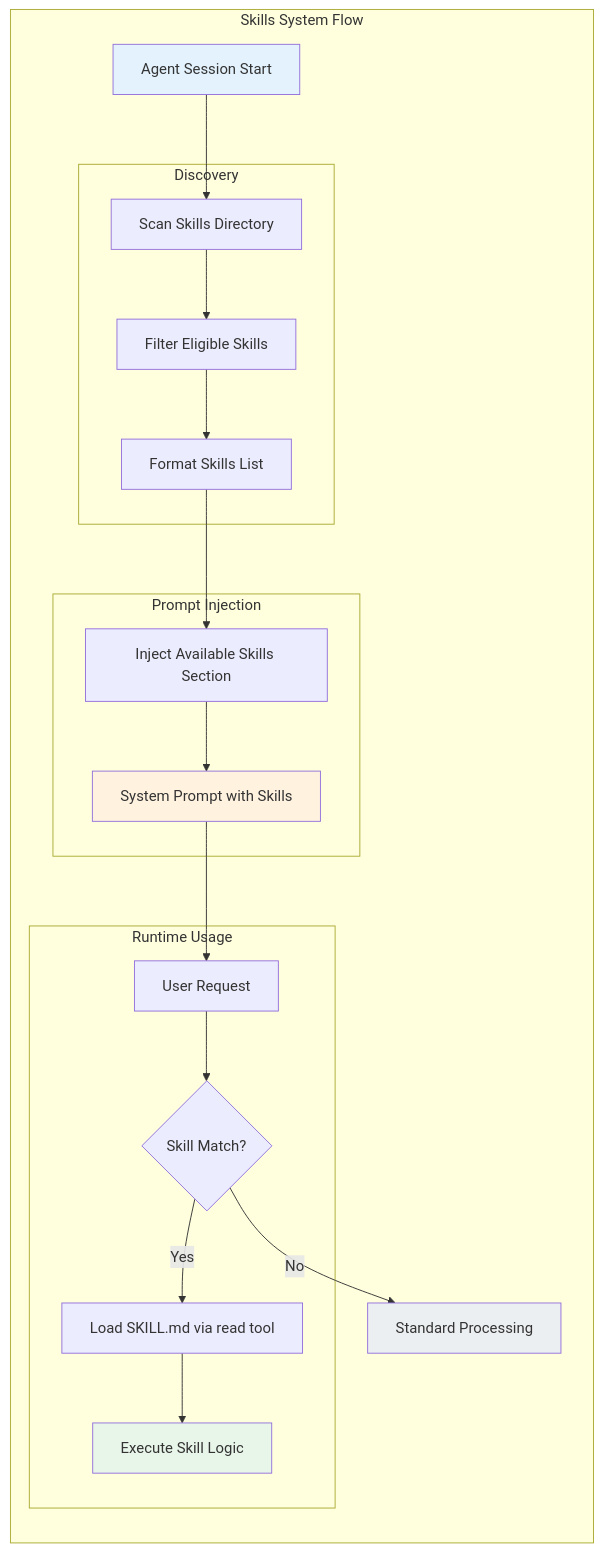
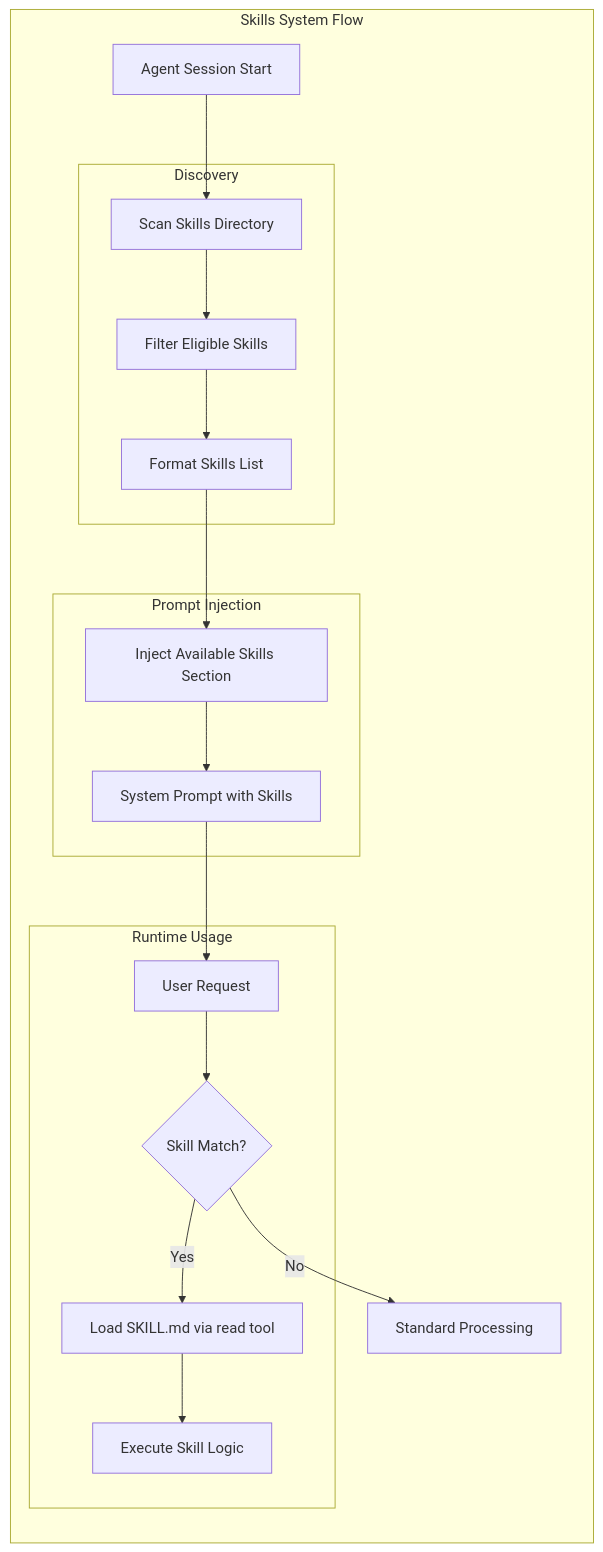
One commit to yuexiaoliang/prompt-engineering-learning changed the fourth of 6 diagrams in 09-advanced-en.md. Above: the diagram before and after it, drawn with Mermaid. The commit also changed other lines of this file and 9 other files, not shown here.

First line of the commit message:
fix(prompt-engineering): remove hardcoded mermaid fill styles for theme auto-adaptation

````diff
--- a/09-advanced-en.md
+++ b/09-advanced-en.md
@@ -216,36 +197,32 @@
 ```mermaid
 flowchart TB
     subgraph "Skills System Flow"
         direction TB
         
         START[Agent Session Start]
         
         subgraph "Discovery"
             SCAN[Scan Skills Directory]
             FILTER[Filter Eligible Skills]
             FORMAT[Format Skills List]
         end
         
         subgraph "Prompt Injection"
             INJECT[Inject Available Skills Section]
             PROMPT[System Prompt with Skills]
         end
         
         subgraph "Runtime Usage"
             REQUEST[User Request]
             MATCH{Skill Match?}
             LOAD[Load SKILL.md via read tool]
             EXECUTE[Execute Skill Logic]
         end
         
         START --> SCAN --> FILTER --> FORMAT --> INJECT --> PROMPT
         PROMPT --> REQUEST --> MATCH
         MATCH -->|Yes| LOAD --> EXECUTE
         MATCH -->|No| STANDARD[Standard Processing]
     end
     
-    style START fill:#e3f2fd
-    style PROMPT fill:#fff3e0
-    style EXECUTE fill:#e8f5e9
-    style STANDARD fill:#eceff1
 ```
````
